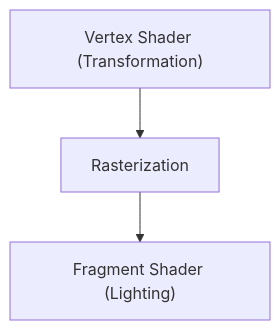
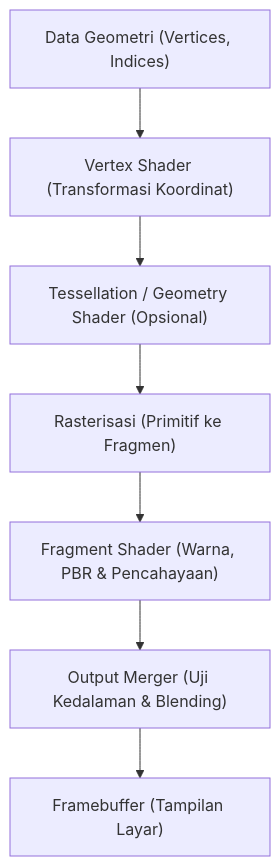
The diagram in content/post/tech-3d-engine/index.id.md (kenjinote/blog), drawn with Mermaid before and after one commit. The commit also changed other lines of this file and 219 other files, not shown here.

````diff
--- a/content/post/tech-3d-engine/index.id.md
+++ b/content/post/tech-3d-engine/index.id.md
@@ -17,5 +28,9 @@
 ```mermaid
 flowchart TD
-    A["Vertex Shader (Transformation)"] --> B["Rasterization"]
-    B --> C["Fragment Shader (Lighting)"]
+    A["Data Geometri (Vertices, Indices)"] --> B["Vertex Shader (Transformasi Koordinat)"]
+    B --> C["Tessellation / Geometry Shader (Opsional)"]
+    C --> D["Rasterisasi (Primitif ke Fragmen)"]
+    D --> E["Fragment Shader (Warna, PBR & Pencahayaan)"]
+    E --> F["Output Merger (Uji Kedalaman & Blending)"]
+    F --> G["Framebuffer (Tampilan Layar)"]
 ```
````
